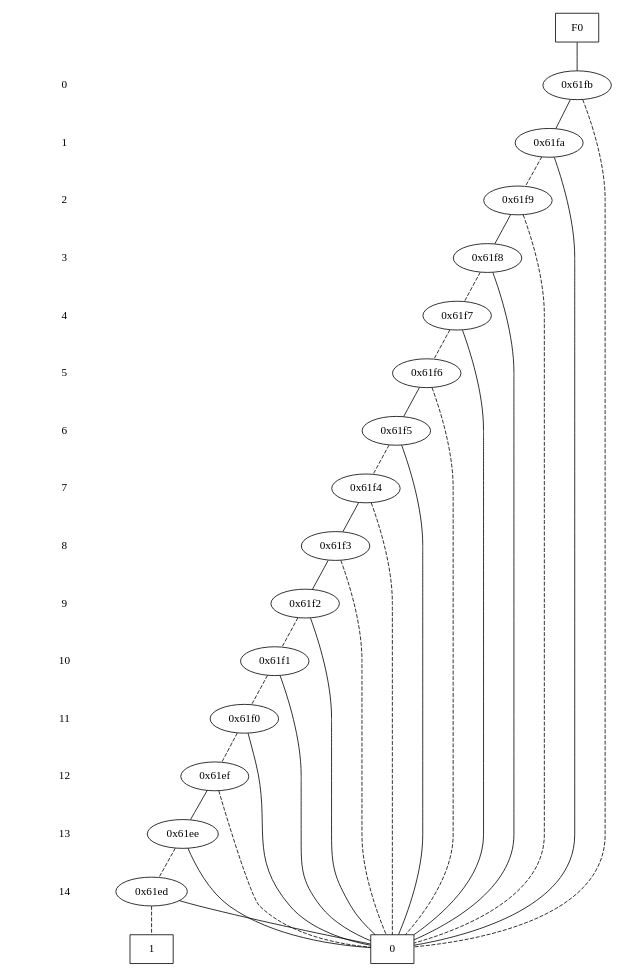
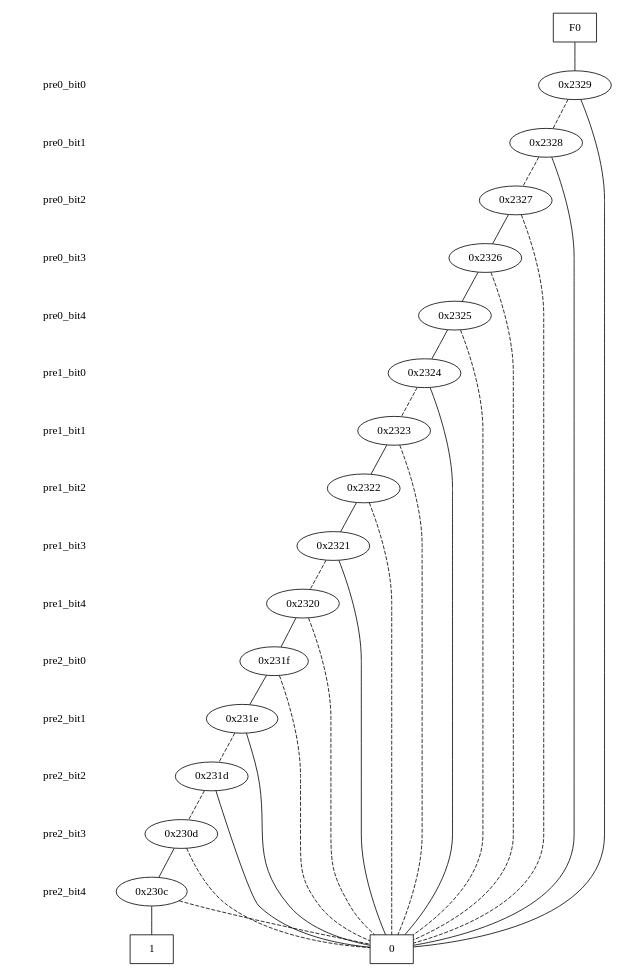
The diagram in precondition.dot (galvusdamor/downward-hm), drawn with Graphviz before and after one commit. The commit also changed 7 other files, not shown here.

```diff
--- a/precondition.dot
+++ b/precondition.dot
@@ -1,95 +1,95 @@
 digraph "DD" {
 size = "7.5,10"
 center = true;
 edge [dir = none];
 { node [shape = plaintext];
   edge [style = invis];
   "CONST NODES" [style = invis];
-" 0 " -> " 1 " -> " 2 " -> " 3 " -> " 4 " -> " 5 " -> " 6 " -> " 7 " -> " 8 " -> " 9 " -> " 10 " -> " 11 " -> " 12 " -> " 13 " -> " 14 " -> "CONST NODES"; 
+" pre0_bit0 " -> " pre0_bit1 " -> " pre0_bit2 " -> " pre0_bit3 " -> " pre0_bit4 " -> " pre1_bit0 " -> " pre1_bit1 " -> " pre1_bit2 " -> " pre1_bit3 " -> " pre1_bit4 " -> " pre2_bit0 " -> " pre2_bit1 " -> " pre2_bit2 " -> " pre2_bit3 " -> " pre2_bit4 " -> "CONST NODES"; 
 }
 { rank = same; node [shape = box]; edge [style = invis];
 "F0"; }
-{ rank = same; " 0 ";
-"0x61fb";
+{ rank = same; " pre0_bit0 ";
+"0x2329";
 }
-{ rank = same; " 1 ";
-"0x61fa";
+{ rank = same; " pre0_bit1 ";
+"0x2328";
 }
-{ rank = same; " 2 ";
-"0x61f9";
+{ rank = same; " pre0_bit2 ";
+"0x2327";
 }
-{ rank = same; " 3 ";
-"0x61f8";
+{ rank = same; " pre0_bit3 ";
+"0x2326";
 }
-{ rank = same; " 4 ";
-"0x61f7";
+{ rank = same; " pre0_bit4 ";
+"0x2325";
 }
-{ rank = same; " 5 ";
-"0x61f6";
+{ rank = same; " pre1_bit0 ";
+"0x2324";
 }
-{ rank = same; " 6 ";
-"0x61f5";
+{ rank = same; " pre1_bit1 ";
+"0x2323";
 }
-{ rank = same; " 7 ";
-"0x61f4";
+{ rank = same; " pre1_bit2 ";
+"0x2322";
 }
-{ rank = same; " 8 ";
-"0x61f3";
+{ rank = same; " pre1_bit3 ";
+"0x2321";
 }
-{ rank = same; " 9 ";
-"0x61f2";
+{ rank = same; " pre1_bit4 ";
+"0x2320";
 }
-{ rank = same; " 10 ";
-"0x61f1";
+{ rank = same; " pre2_bit0 ";
+"0x231f";
 }
-{ rank = same; " 11 ";
-"0x61f0";
+{ rank = same; " pre2_bit1 ";
+"0x231e";
 }
-{ rank = same; " 12 ";
-"0x61ef";
+{ rank = same; " pre2_bit2 ";
+"0x231d";
 }
-{ rank = same; " 13 ";
-"0x61ee";
+{ rank = same; " pre2_bit3 ";
+"0x230d";
 }
-{ rank = same; " 14 ";
-"0x61ed";
+{ rank = same; " pre2_bit4 ";
+"0x230c";
 }
 { rank = same; "CONST NODES";
-{ node [shape = box]; "0x5efa";
-"0x5ef9";
+{ node [shape = box]; "0x1d70";
+"0x1d6f";
 }
 }
-"F0" -> "0x61fb" [style = solid];
-"0x61fb" -> "0x61fa";
-"0x61fb" -> "0x5efa" [style = dashed];
-"0x61fa" -> "0x5efa";
-"0x61fa" -> "0x61f9" [style = dashed];
-"0x61f9" -> "0x61f8";
-"0x61f9" -> "0x5efa" [style = dashed];
-"0x61f8" -> "0x5efa";
-"0x61f8" -> "0x61f7" [style = dashed];
-"0x61f7" -> "0x5efa";
-"0x61f7" -> "0x61f6" [style = dashed];
-"0x61f6" -> "0x61f5";
-"0x61f6" -> "0x5efa" [style = dashed];
-"0x61f5" -> "0x5efa";
-"0x61f5" -> "0x61f4" [style = dashed];
-"0x61f4" -> "0x61f3";
-"0x61f4" -> "0x5efa" [style = dashed];
-"0x61f3" -> "0x61f2";
-"0x61f3" -> "0x5efa" [style = dashed];
-"0x61f2" -> "0x5efa";
-"0x61f2" -> "0x61f1" [style = dashed];
-"0x61f1" -> "0x5efa";
-"0x61f1" -> "0x61f0" [style = dashed];
-"0x61f0" -> "0x5efa";
-"0x61f0" -> "0x61ef" [style = dashed];
-"0x61ef" -> "0x61ee";
-"0x61ef" -> "0x5efa" [style = dashed];
-"0x61ee" -> "0x5efa";
-"0x61ee" -> "0x61ed" [style = dashed];
-"0x61ed" -> "0x5efa";
-"0x61ed" -> "0x5ef9" [style = dashed];
-"0x5efa" [label = "0"];
-"0x5ef9" [label = "1"];
+"F0" -> "0x2329" [style = solid];
+"0x2329" -> "0x1d70";
+"0x2329" -> "0x2328" [style = dashed];
+"0x2328" -> "0x1d70";
+"0x2328" -> "0x2327" [style = dashed];
+"0x2327" -> "0x2326";
+"0x2327" -> "0x1d70" [style = dashed];
+"0x2326" -> "0x2325";
+"0x2326" -> "0x1d70" [style = dashed];
+"0x2325" -> "0x2324";
+"0x2325" -> "0x1d70" [style = dashed];
+"0x2324" -> "0x1d70";
+"0x2324" -> "0x2323" [style = dashed];
+"0x2323" -> "0x2322";
+"0x2323" -> "0x1d70" [style = dashed];
+"0x2322" -> "0x2321";
+"0x2322" -> "0x1d70" [style = dashed];
+"0x2321" -> "0x1d70";
+"0x2321" -> "0x2320" [style = dashed];
+"0x2320" -> "0x231f";
+"0x2320" -> "0x1d70" [style = dashed];
+"0x231f" -> "0x231e";
+"0x231f" -> "0x1d70" [style = dashed];
+"0x231e" -> "0x1d70";
+"0x231e" -> "0x231d" [style = dashed];
+"0x231d" -> "0x1d70";
+"0x231d" -> "0x230d" [style = dashed];
+"0x230d" -> "0x230c";
+"0x230d" -> "0x1d70" [style = dashed];
+"0x230c" -> "0x1d6f";
+"0x230c" -> "0x1d70" [style = dashed];
+"0x1d70" [label = "0"];
+"0x1d6f" [label = "1"];
 }
```
